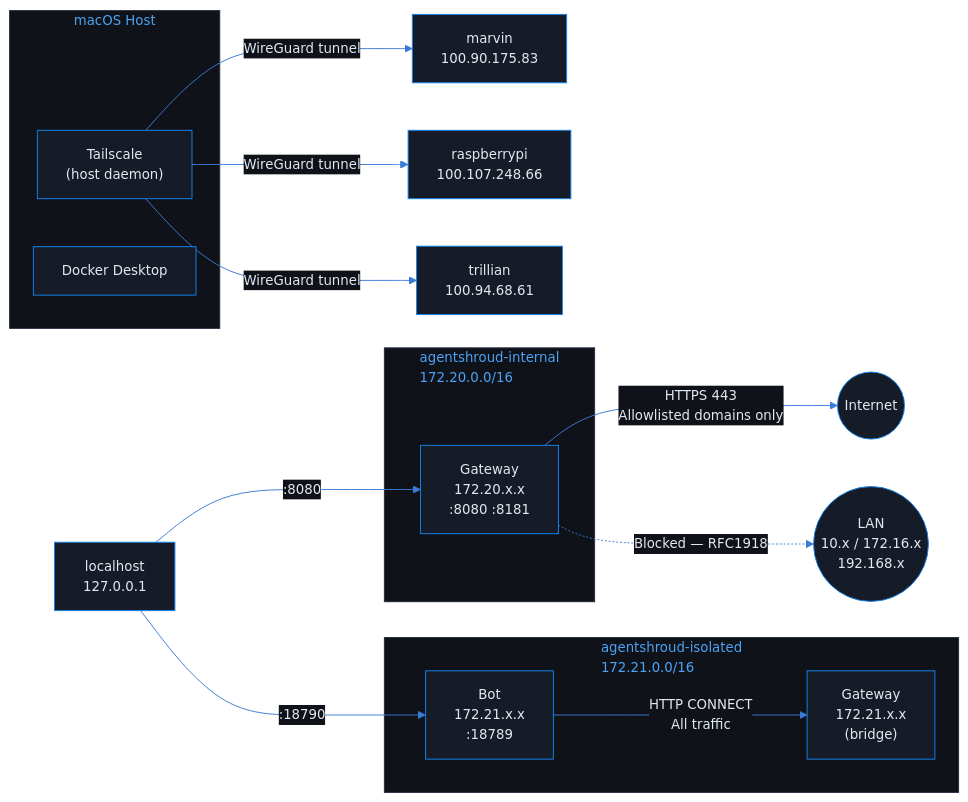
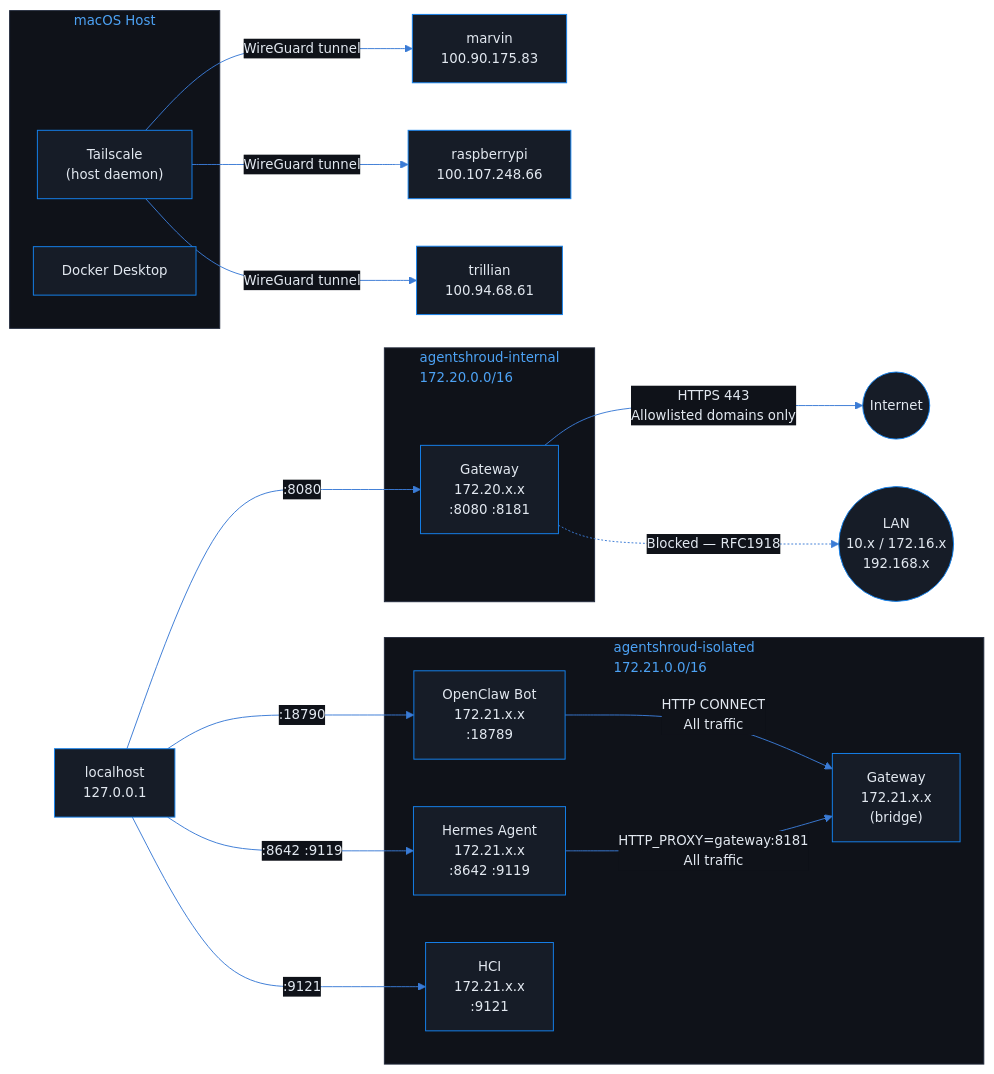
The second of 3 diagrams in docs/diagrams/02-infrastructure.md (idallasjlabs/agentshroud), drawn with Mermaid before and after one commit. The commit also changed other lines of this file and 53 other files, not shown here.

````diff
--- a/docs/diagrams/02-infrastructure.md
+++ b/docs/diagrams/02-infrastructure.md
@@ -72,29 +76,34 @@
 ```mermaid
 %%{init: {'theme': 'base', 'themeVariables': {'primaryColor': '#161c27', 'primaryTextColor': '#e2e8f0', 'primaryBorderColor': '#1583f0', 'lineColor': '#3a7bd5', 'secondaryColor': '#0f1219', 'tertiaryColor': '#08090b', 'background': '#08090b', 'mainBkg': '#161c27', 'nodeBorder': '#1583f0', 'clusterBkg': '#0f1219', 'clusterBorder': '#232b3d', 'titleColor': '#4da2f4', 'edgeLabelBackground': '#0f1219', 'fontFamily': 'Inter, system-ui, sans-serif', 'fontSize': '14px'}}}%%
 graph LR
     subgraph Host["macOS Host"]
         TS["Tailscale\n(host daemon)"]
         DOCKER["Docker Desktop"]
     end
 
     subgraph Internal["agentshroud-internal\n172.20.0.0/16"]
         GW_INT["Gateway\n172.20.x.x\n:8080 :8181"]
     end
 
     subgraph Isolated["agentshroud-isolated\n172.21.0.0/16"]
-        BOT_ISO["Bot\n172.21.x.x\n:18789"]
+        BOT_ISO["OpenClaw Bot\n172.21.x.x\n:18789"]
+        HERMES_ISO["Hermes Agent\n172.21.x.x\n:8642 :9119"]
+        HCI_ISO["HCI\n172.21.x.x\n:9121"]
         GW_ISO["Gateway\n172.21.x.x\n(bridge)"]
     end
 
     LOCALHOST["localhost\n127.0.0.1"] -->|":8080"| GW_INT
     LOCALHOST -->|":18790"| BOT_ISO
+    LOCALHOST -->|":8642 :9119"| HERMES_ISO
+    LOCALHOST -->|":9121"| HCI_ISO
 
     BOT_ISO -->|"HTTP CONNECT\nAll traffic"| GW_ISO
+    HERMES_ISO -->|"HTTP_PROXY=gateway:8181\nAll traffic"| GW_ISO
     GW_INT -->|"HTTPS 443\nAllowlisted domains only"| Internet(("Internet"))
 
     GW_INT -.->|"Blocked — RFC1918"| LAN(("LAN\n10.x / 172.16.x\n192.168.x"))
 
     TS -->|"WireGuard tunnel"| MARVIN["marvin\n100.90.175.83"]
     TS -->|"WireGuard tunnel"| PI["raspberrypi\n100.107.248.66"]
     TS -->|"WireGuard tunnel"| TRILLIAN["trillian\n100.94.68.61"]
 ```
````
